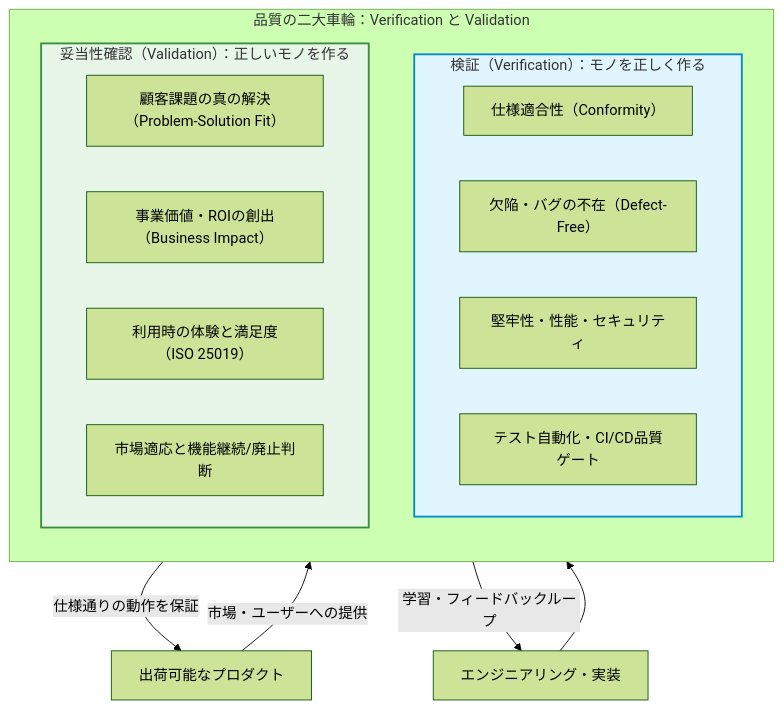
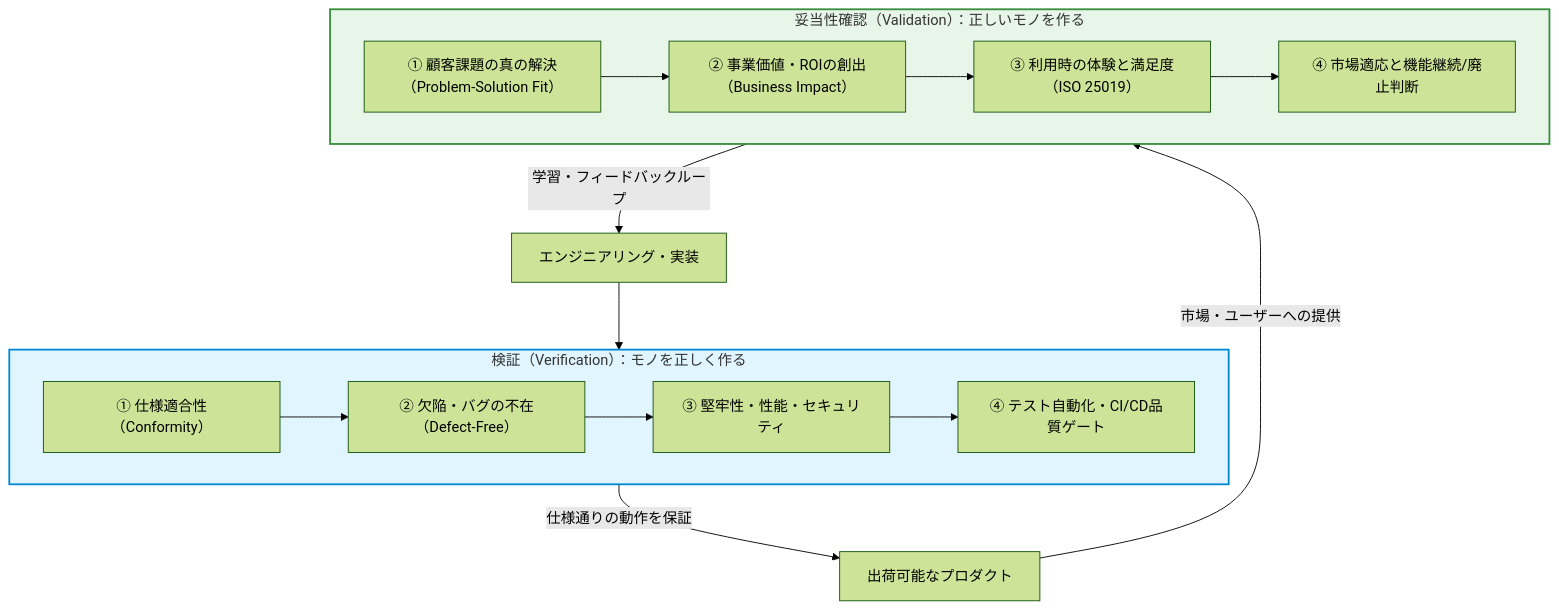
The first of 4 diagrams in manuscript/25_chapter25.md (AnaharaYasuo/product-quality-management-book), drawn with Mermaid (forest theme) before and after one commit. The commit also changed other lines of this file and 32 other files, not shown here.

````diff
--- a/manuscript/25_chapter25.md
+++ b/manuscript/25_chapter25.md
@@ -26,27 +26,20 @@
 ```mermaid
 flowchart TD
-    subgraph V_and_V ["品質の二大車輪：Verification と Validation"]
-        direction TB
-        subgraph Verification ["検証（Verification）：モノを正しく作る"]
-            V1["仕様適合性（Conformity）"]
-            V2["欠陥・バグの不在（Defect-Free）"]
-            V3["堅牢性・性能・セキュリティ"]
-            V4["テスト自動化・CI/CD品質ゲート"]
-        end
+    subgraph Verification ["検証（Verification）：モノを正しく作る"]
+        V1["① 仕様適合性（Conformity）"] --> V2["② 欠陥・バグの不在（Defect-Free）"]
+        V2 --> V3["③ 堅牢性・性能・セキュリティ"] --> V4["④ テスト自動化・CI/CD品質ゲート"]
+    end
 
-        subgraph Validation ["妥当性確認（Validation）：正しいモノを作る"]
-            Val1["顧客課題の真の解決（Problem-Solution Fit）"]
-            Val2["事業価値・ROIの創出（Business Impact）"]
-            Val3["利用時の体験と満足度（ISO 25019）"]
-            Val4["市場適応と機能継続/廃止判断"]
-        end
+    subgraph Validation ["妥当性確認（Validation）：正しいモノを作る"]
+        Val1["① 顧客課題の真の解決（Problem-Solution Fit）"] --> Val2["② 事業価値・ROIの創出（Business Impact）"]
+        Val2 --> Val3["③ 利用時の体験と満足度（ISO 25019）"] --> Val4["④ 市場適応と機能継続/廃止判断"]
     end
 
     Dev["エンジニアリング・実装"] --> Verification
     Verification -->|"仕様通りの動作を保証"| Product["出荷可能なプロダクト"]
     Product -->|"市場・ユーザーへの提供"| Validation
     Validation -->|"学習・フィードバックループ"| Dev
 
     style Verification fill:#e1f5fe,stroke:#0288d1,stroke-width:2px
     style Validation fill:#e8f5e9,stroke:#388e3c,stroke-width:2px
 ```
````
